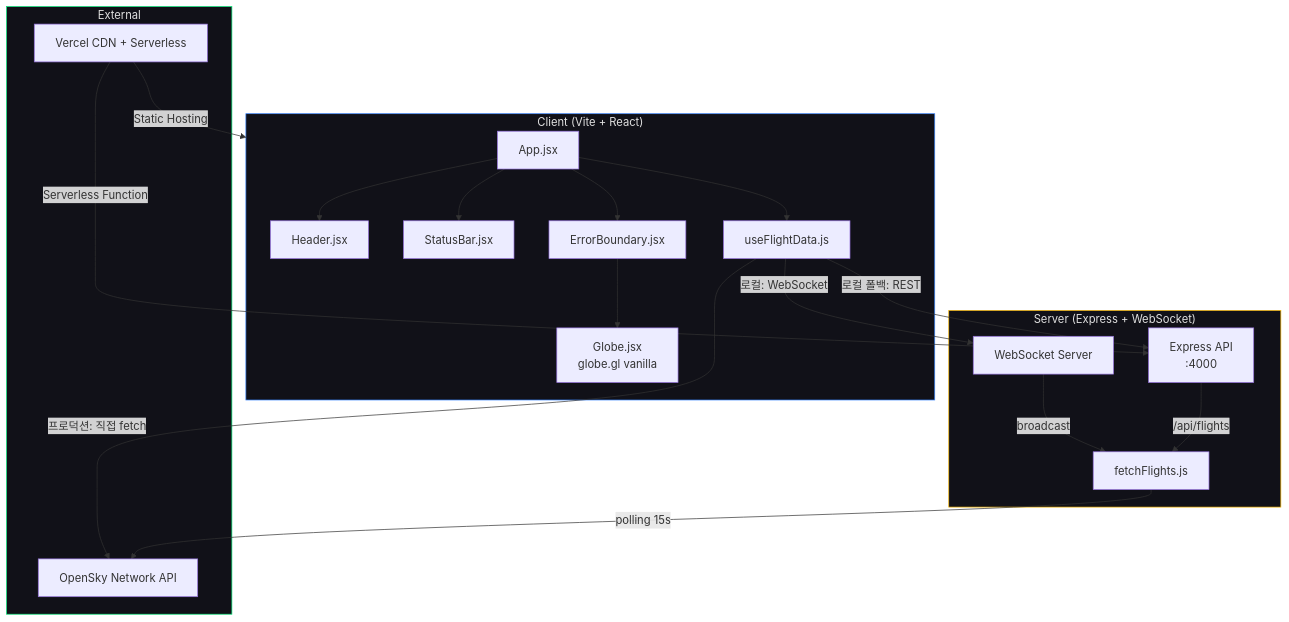
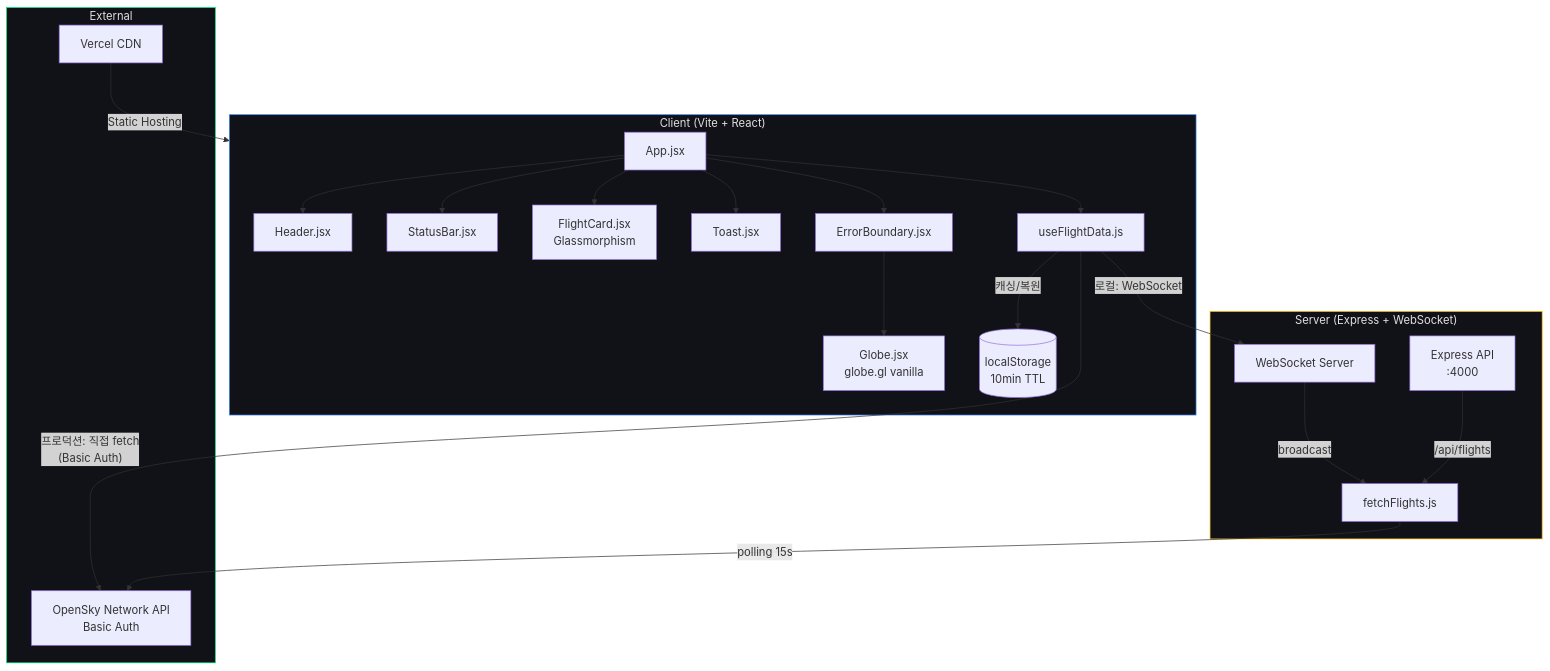
One commit to sunyoung-lee/global-sky-watcher changed the diagram in Project_retro.md. Above: the diagram before and after it, drawn with Mermaid. The commit also changed other lines of this file and 1 other file, not shown here.

````diff
--- a/Project_retro.md
+++ b/Project_retro.md
@@ -82,42 +127,46 @@
 ```mermaid
 graph TB
     subgraph Client["Client (Vite + React)"]
         App[App.jsx]
         Globe[Globe.jsx<br/>globe.gl vanilla]
         Header[Header.jsx]
         StatusBar[StatusBar.jsx]
+        FlightCard[FlightCard.jsx<br/>Glassmorphism]
+        Toast[Toast.jsx]
         Hook[useFlightData.js]
         EB[ErrorBoundary.jsx]
+        Cache[(localStorage<br/>10min TTL)]
     end
 
     subgraph Server["Server (Express + WebSocket)"]
         Express[Express API<br/>:4000]
         WS[WebSocket Server]
         Fetcher[fetchFlights.js]
     end
 
     subgraph External["External"]
-        OpenSky[OpenSky Network API]
-        Vercel[Vercel CDN + Serverless]
+        OpenSky[OpenSky Network API<br/>Basic Auth]
+        Vercel[Vercel CDN]
     end
 
     App --> EB --> Globe
     App --> Header
     App --> StatusBar
+    App --> FlightCard
+    App --> Toast
     App --> Hook
 
+    Hook -->|"프로덕션: 직접 fetch<br/>(Basic Auth)"| OpenSky
     Hook -->|"로컬: WebSocket"| WS
-    Hook -->|"로컬 폴백: REST"| Express
-    Hook -->|"프로덕션: 직접 fetch"| OpenSky
+    Hook -->|"캐싱/복원"| Cache
 
     WS -->|broadcast| Fetcher
     Express -->|/api/flights| Fetcher
     Fetcher -->|polling 15s| OpenSky
 
     Vercel -->|Static Hosting| Client
-    Vercel -->|Serverless Function| Express
 
     style Client fill:#111118,stroke:#3a86ff,color:#e0e0e0
     style Server fill:#111118,stroke:#ffbe0b,color:#e0e0e0
     style External fill:#111118,stroke:#00e676,color:#e0e0e0
 ```
````
